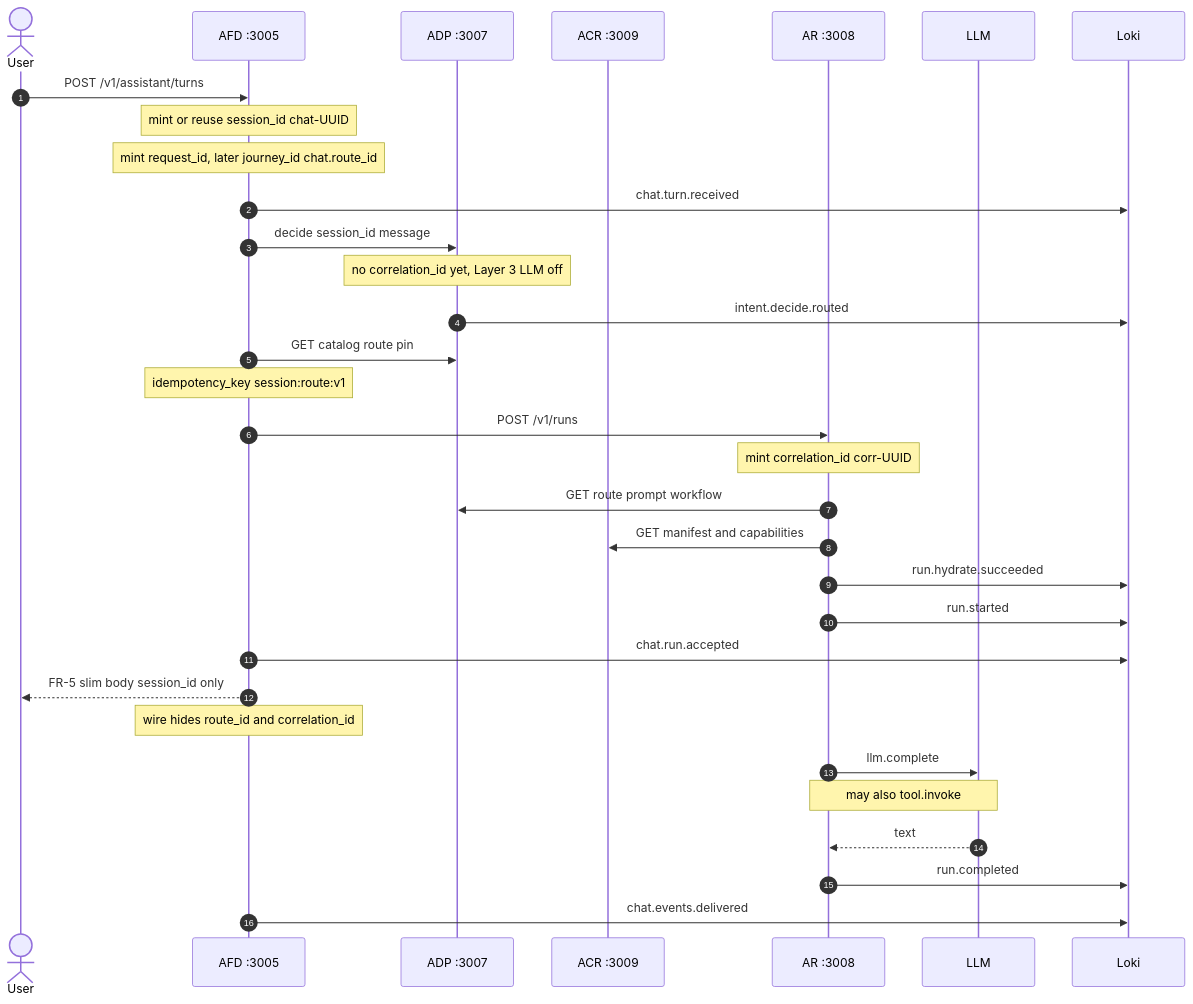
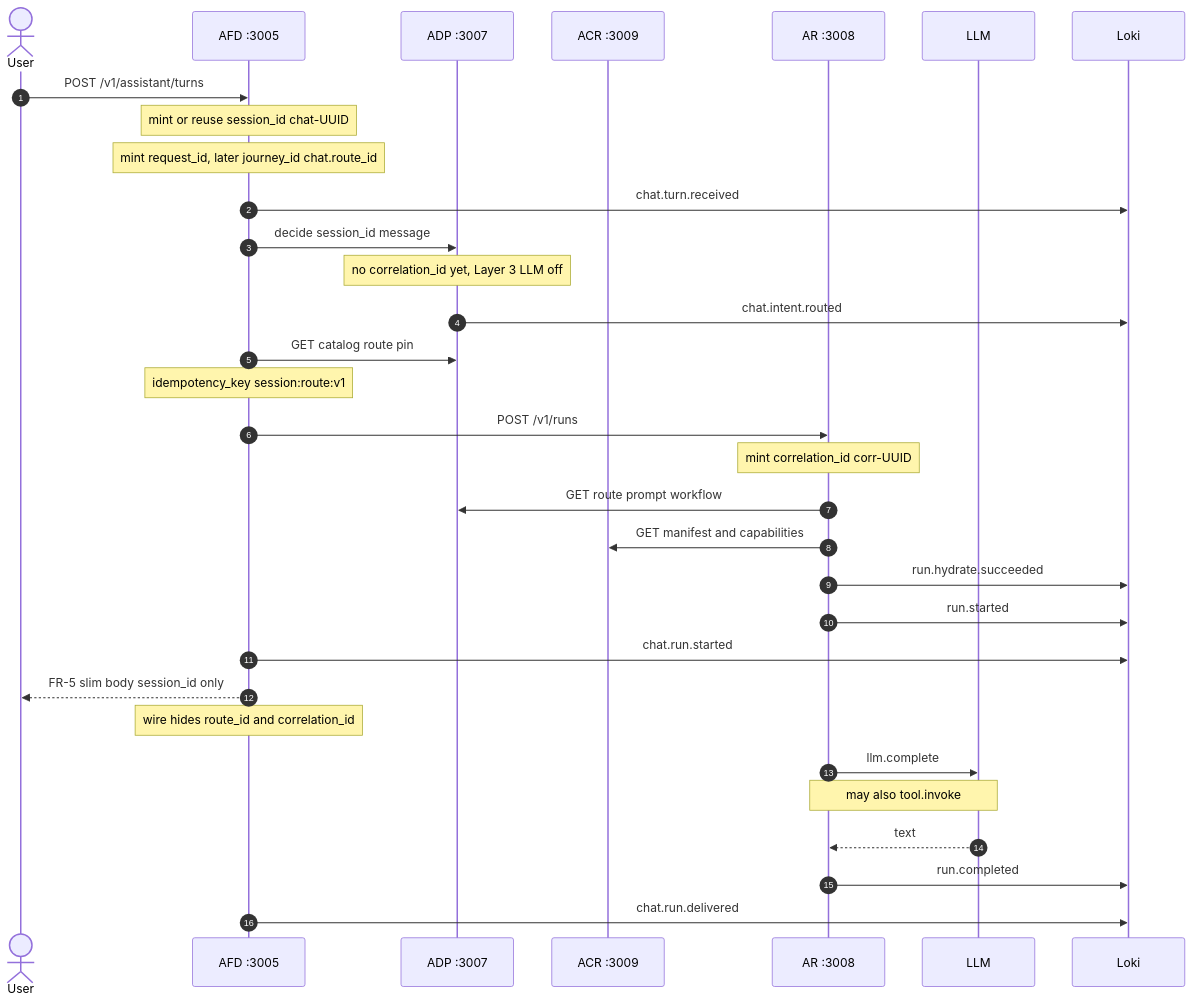
Before and after one commit to iamsharmajitender/enterprise-agent-fabric: the third of 6 diagrams in agent-fabric-docs/02-understand/ids.md, drawn with Mermaid. The commit also changed other lines of this file and 26 other files, not shown here.

````diff
--- a/agent-fabric-docs/02-understand/ids.md
+++ b/agent-fabric-docs/02-understand/ids.md
@@ -172,35 +172,35 @@
 ```mermaid
 sequenceDiagram
   autonumber
   actor User
   participant AFD as AFD :3005
   participant ADP as ADP :3007
   participant ACR as ACR :3009
   participant AR as AR :3008
   participant LLM as LLM
   participant Loki as Loki
 
   User->>AFD: POST /v1/assistant/turns
   Note over AFD: mint or reuse session_id chat-UUID
   Note over AFD: mint request_id, later journey_id chat.route_id
   AFD->>Loki: chat.turn.received
   AFD->>ADP: decide session_id message
   Note over ADP: no correlation_id yet, Layer 3 LLM off
-  ADP->>Loki: intent.decide.routed
+  ADP->>Loki: chat.intent.routed
   AFD->>ADP: GET catalog route pin
   Note over AFD: idempotency_key session:route:v1
   AFD->>AR: POST /v1/runs
   Note over AR: mint correlation_id corr-UUID
   AR->>ADP: GET route prompt workflow
   AR->>ACR: GET manifest and capabilities
   AR->>Loki: run.hydrate.succeeded
   AR->>Loki: run.started
-  AFD->>Loki: chat.run.accepted
+  AFD->>Loki: chat.run.started
   AFD-->>User: FR-5 slim body session_id only
   Note over AFD: wire hides route_id and correlation_id
   AR->>LLM: llm.complete
   Note over AR,LLM: may also tool.invoke
   LLM-->>AR: text
   AR->>Loki: run.completed
-  AFD->>Loki: chat.events.delivered
+  AFD->>Loki: chat.run.delivered
 ```
````
